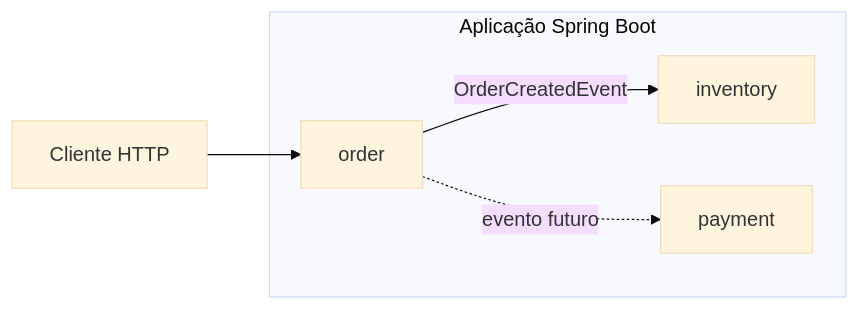
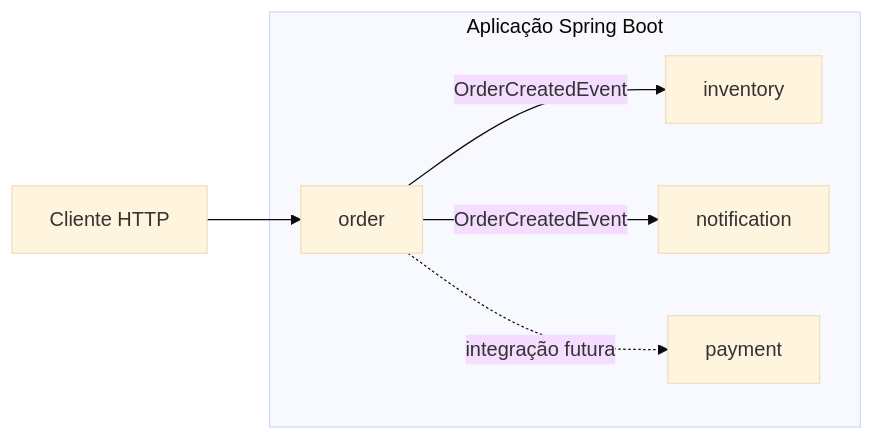
Before and after one commit to marcusvbrangel/ordermod: the first of 3 diagrams in docs/architecture.md, drawn with Mermaid (base theme). The commit also changed other lines of this file and 48 other files, not shown here.

Commit message:
refactor: implement hexagonal architecture on project/module Order

````diff
--- a/docs/architecture.md
+++ b/docs/architecture.md
@@ -17,12 +20,14 @@
 ```mermaid
 flowchart LR
     Client[Cliente HTTP] --> Order[order]
     Order -- OrderCreatedEvent --> Inventory[inventory]
-    Order -. evento futuro .-> Payment[payment]
+    Order -- OrderCreatedEvent --> Notification[notification]
+    Order -. integração futura .-> Payment[payment]
 
     subgraph Application[Aplicação Spring Boot]
         Order
         Inventory
+        Notification
         Payment
     end
 ```
````
